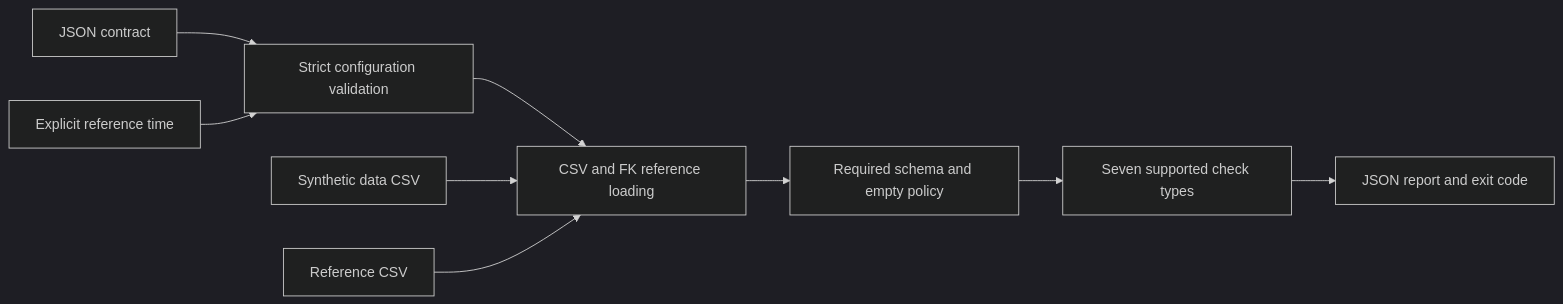
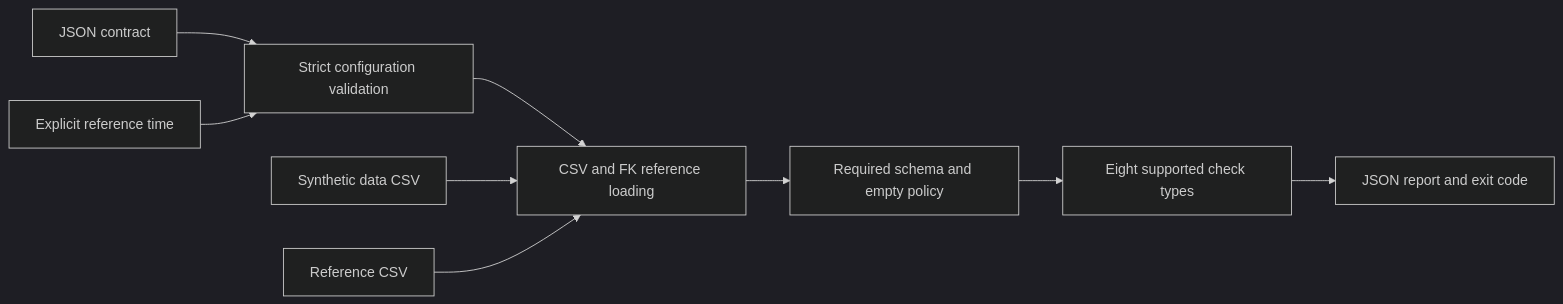
One commit to teddy8023mars/data-quality-gates changed the diagram in README.md. Above: the diagram before and after it, drawn with Mermaid (dark theme). The commit also changed other lines of this file and 18 other files, not shown here.

````diff
--- a/README.md
+++ b/README.md
@@ -48,11 +48,11 @@
 ```mermaid
 flowchart LR
     C[JSON contract] --> V[Strict configuration validation]
     T[Explicit reference time] --> V
     V --> L[CSV and FK reference loading]
     D[Synthetic data CSV] --> L
     R[Reference CSV] --> L
     L --> S[Required schema and empty policy]
-    S --> Q[Seven supported check types]
+    S --> Q[Eight supported check types]
     Q --> O[JSON report and exit code]
 ```
````
